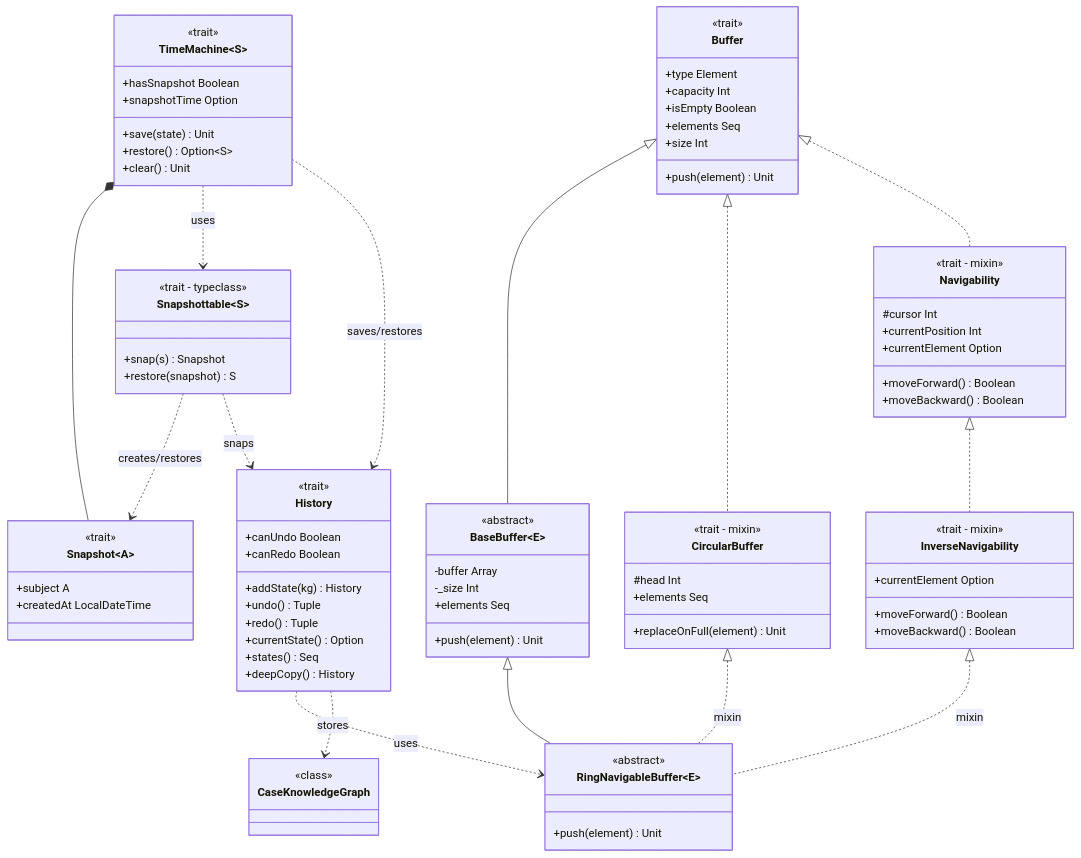
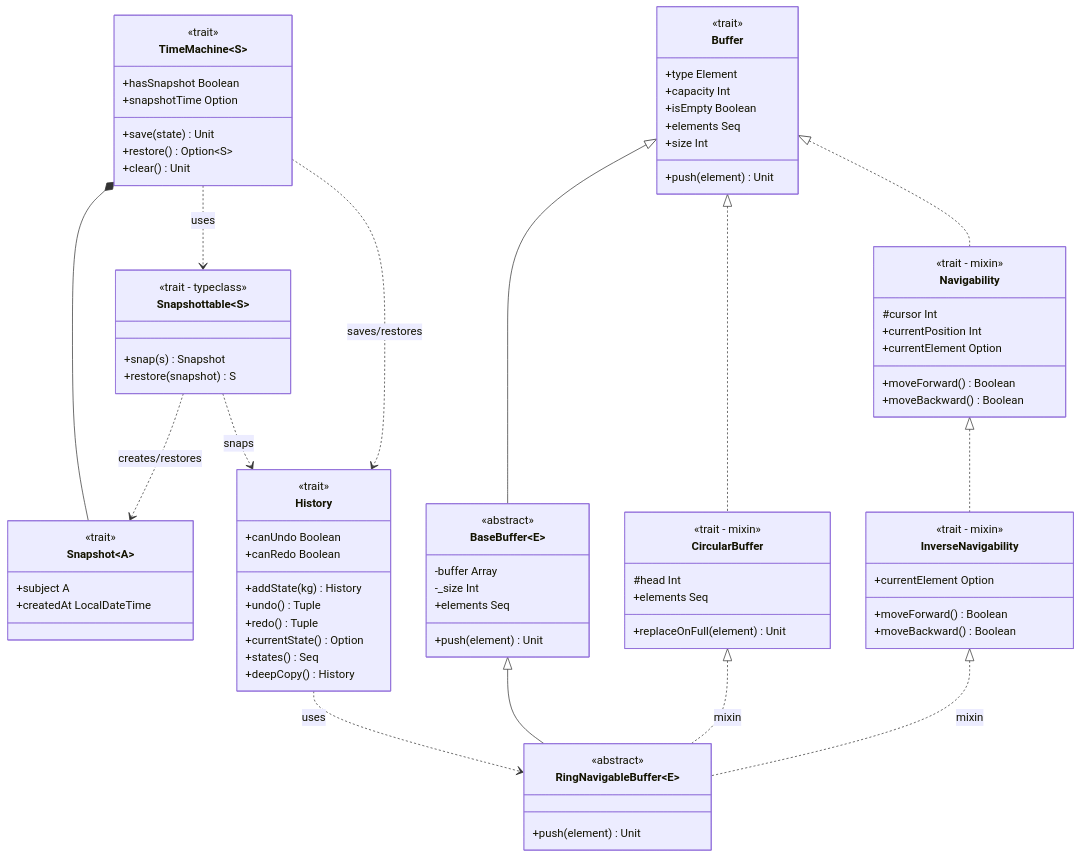
One commit to LucaSamore/Whodunnit changed the third of 5 diagrams in docs/report/4-detailed-design.md. Above: the diagram before and after it, drawn with Mermaid. The commit also changed other lines of this file and 2 other files, not shown here.

Commit message:
docs: remove unused pages

```diff
--- a/docs/report/4-detailed-design.md
+++ b/docs/report/4-detailed-design.md
@@ -249,13 +249,8 @@
         +push(element) Unit
     }
     
-    class CaseKnowledgeGraph {
-        <<class>>
-    }
-    
     %% Relationships - History
     History ..> RingNavigableBuffer~E~ : uses
-    History ..> CaseKnowledgeGraph : stores
     
     %% Relationships - Snapshot System
     Snapshottable~S~ ..> Snapshot~A~ : creates/restores
```
